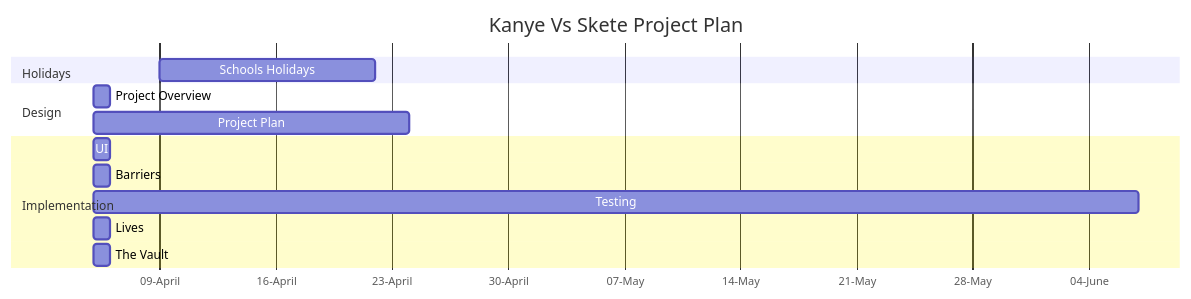
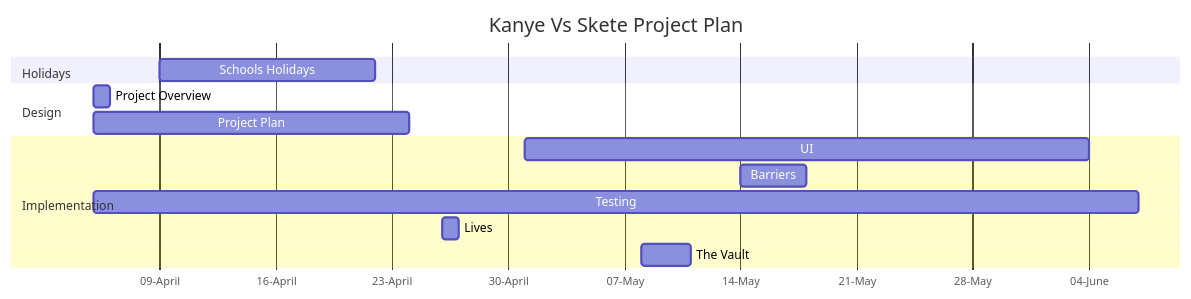
The diagram in design.md (LERKTryzee/SDF-Space-Invaders), drawn with Mermaid before and after one commit. The commit also changed other lines of this file and 7 other files, not shown here.

````diff
--- a/design.md
+++ b/design.md
@@ -27,22 +27,22 @@
 ```mermaid
 gantt
     title Kanye Vs Skete Project Plan
     dateFormat DD-MM-YY
     axisFormat %d-%B
     tickInterval 1week
 
     section Holidays
     Schools Holidays: 09-04-23, 22-04-23
 
     section Design
     Project Overview:05-04-23, 1d
     Project Plan: 05-04-23, 24-04-23
 
 
     Section Implementation
-    UI:05-04-23, 1d
-    Barriers:05-04-23, 1d
+    UI:01-05-23, 04-06-23
+    Barriers:14-05-23, 4d
     Testing:05-04-23, 07-06-23
-    Lives:05-04-23, 1d
-    The Vault:05-04-23, 1d
+    Lives:26-04-23, 1d
+    The Vault:08-05-23, 3d
 ```
````
